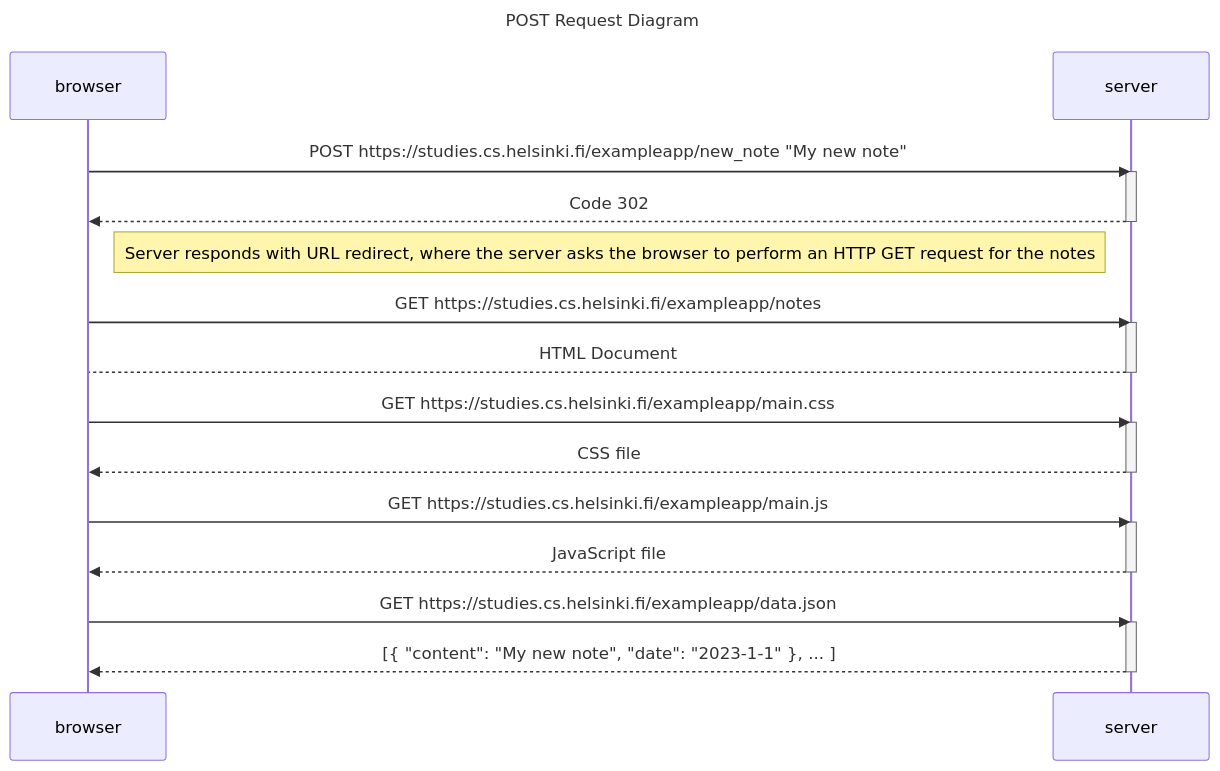
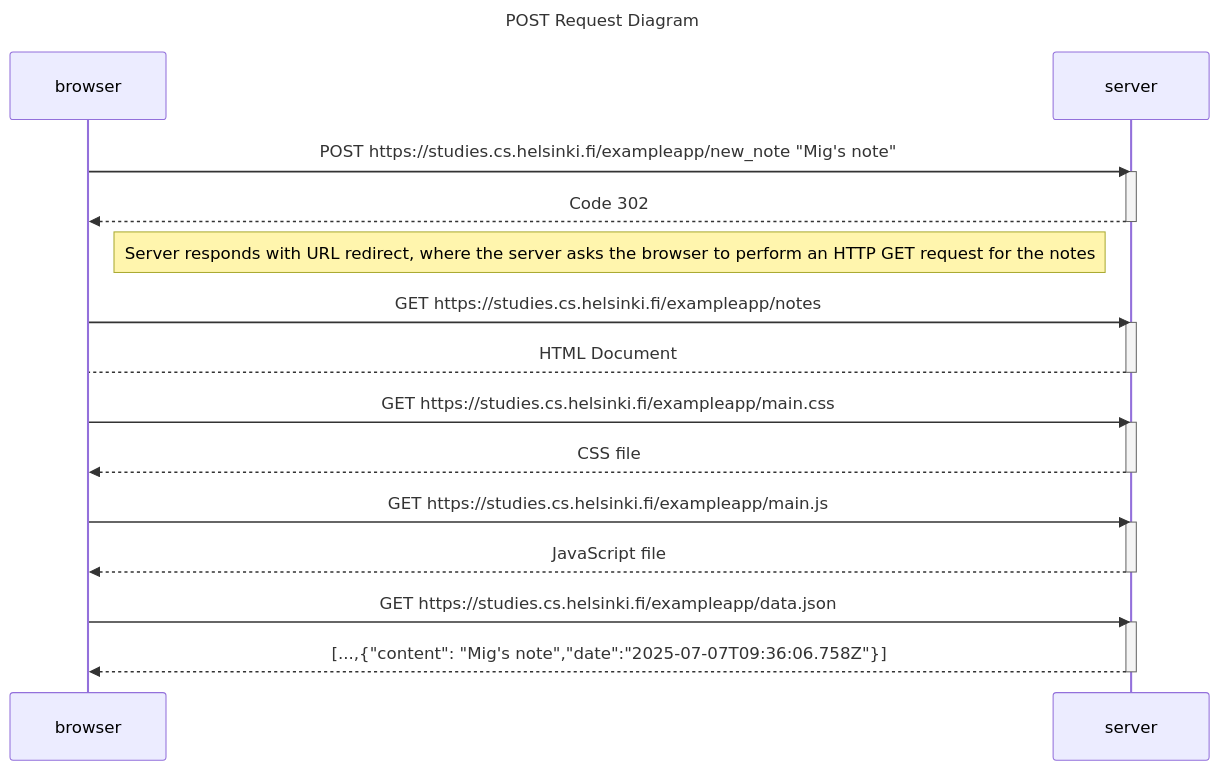
The diagram in part0/0_4.md (miguelluhulima/fsopen-exercises), drawn with Mermaid before and after one commit. The commit also changed 1 other file, not shown here.

Commit message:
0.5 answer minor change on 0.4

```diff
--- a/part0/0_4.md
+++ b/part0/0_4.md
@@ -1,35 +1,35 @@
 :::mermaid
     sequenceDiagram
         participant browser
         participant server
 
         title POST Request Diagram
 
-        browser->>server: POST https://studies.cs.helsinki.fi/exampleapp/new_note "My new note"
+        browser->>server: POST https://studies.cs.helsinki.fi/exampleapp/new_note "Mig's note"
         activate server
         server-->>browser: Code 302
         deactivate server
 
         Note right of browser: Server responds with URL redirect, where the server asks the browser to perform an HTTP GET request for the notes
 
         browser->>server: GET https://studies.cs.helsinki.fi/exampleapp/notes
         activate server
         server -->browser: HTML Document
         deactivate server
 
         browser->>server: GET https://studies.cs.helsinki.fi/exampleapp/main.css
         activate server
         server-->>browser: CSS file
         deactivate server
 
         browser->>server: GET https://studies.cs.helsinki.fi/exampleapp/main.js
         activate server
         server-->>browser: JavaScript file
         deactivate server
 
         browser->>server: GET https://studies.cs.helsinki.fi/exampleapp/data.json
         activate server
-        server-->>browser: [{ "content": "My new note", "date": "2023-1-1" }, ... ]
+        server-->>browser: [...,{"content": "Mig's note","date":"2025-07-07T09:36:06.758Z"}]
         deactivate server
         
 :::
```
